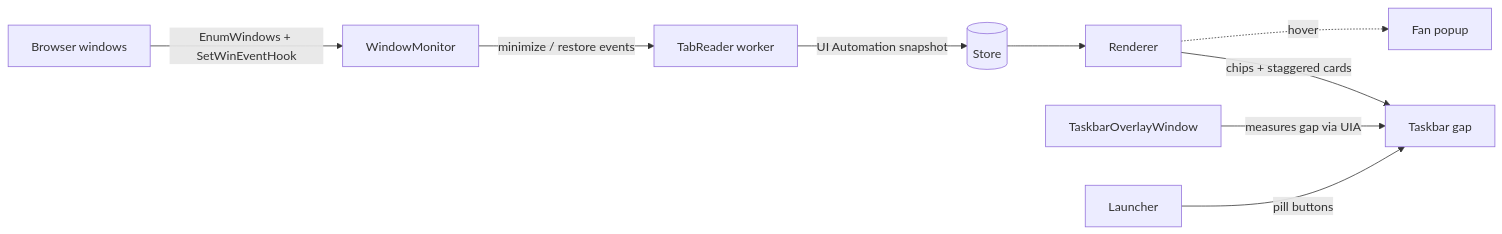
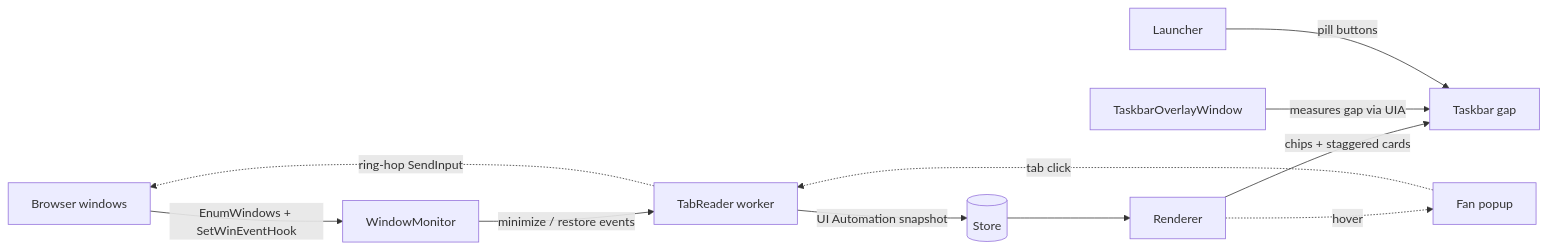
One commit to cordialApple/browser_shell_os changed the diagram in docs/README.md. Above: the diagram before and after it, drawn with Mermaid.

Commit message:
docs: add ring-hop activation loop to data-flow diagram

````diff
--- a/docs/README.md
+++ b/docs/README.md
@@ -13,11 +13,13 @@
 ```mermaid
 flowchart LR
     B[Browser windows] -->|EnumWindows + SetWinEventHook| M[WindowMonitor]
     M -->|minimize / restore events| W[TabReader worker]
     W -->|UI Automation snapshot| S[(Store)]
     S --> R[Renderer]
     R -->|chips + staggered cards| G[Taskbar gap]
     T[TaskbarOverlayWindow] -->|measures gap via UIA| G
     R -.hover.-> F[Fan popup]
+    F -.tab click.-> W
+    W -.ring-hop SendInput.-> B
     L[Launcher] -->|pill buttons| G
 ```
````
